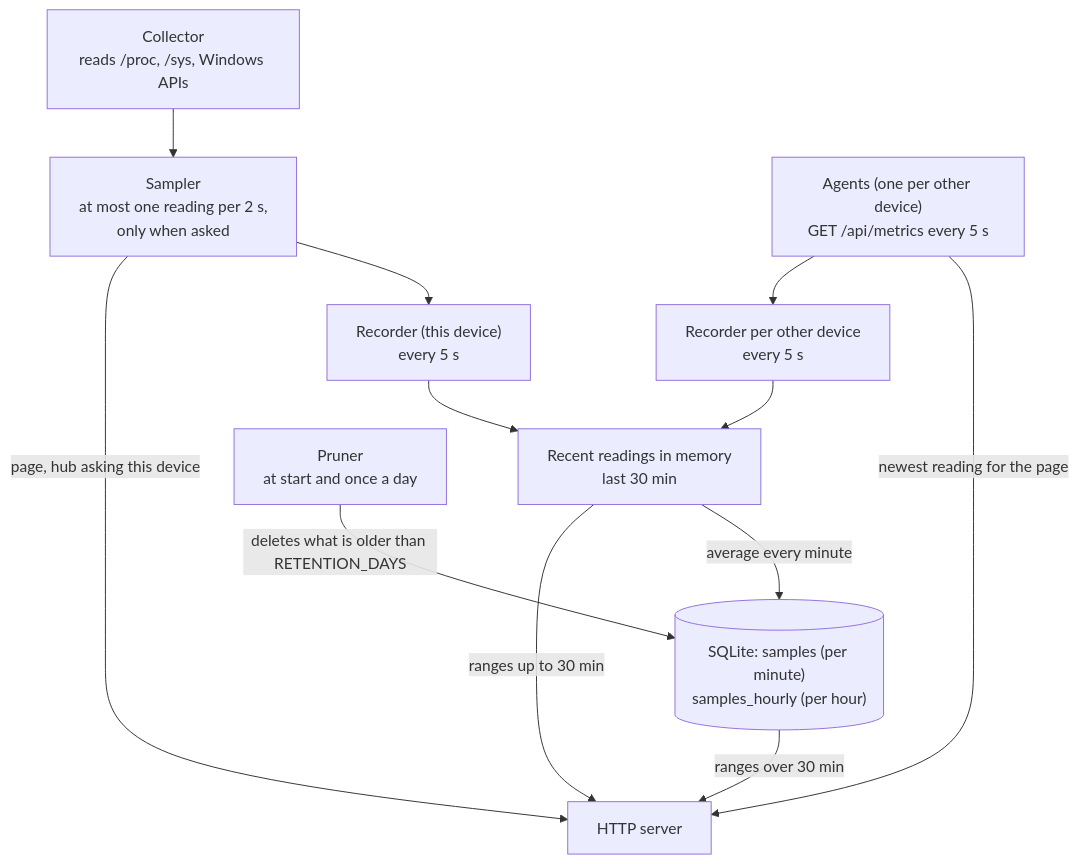
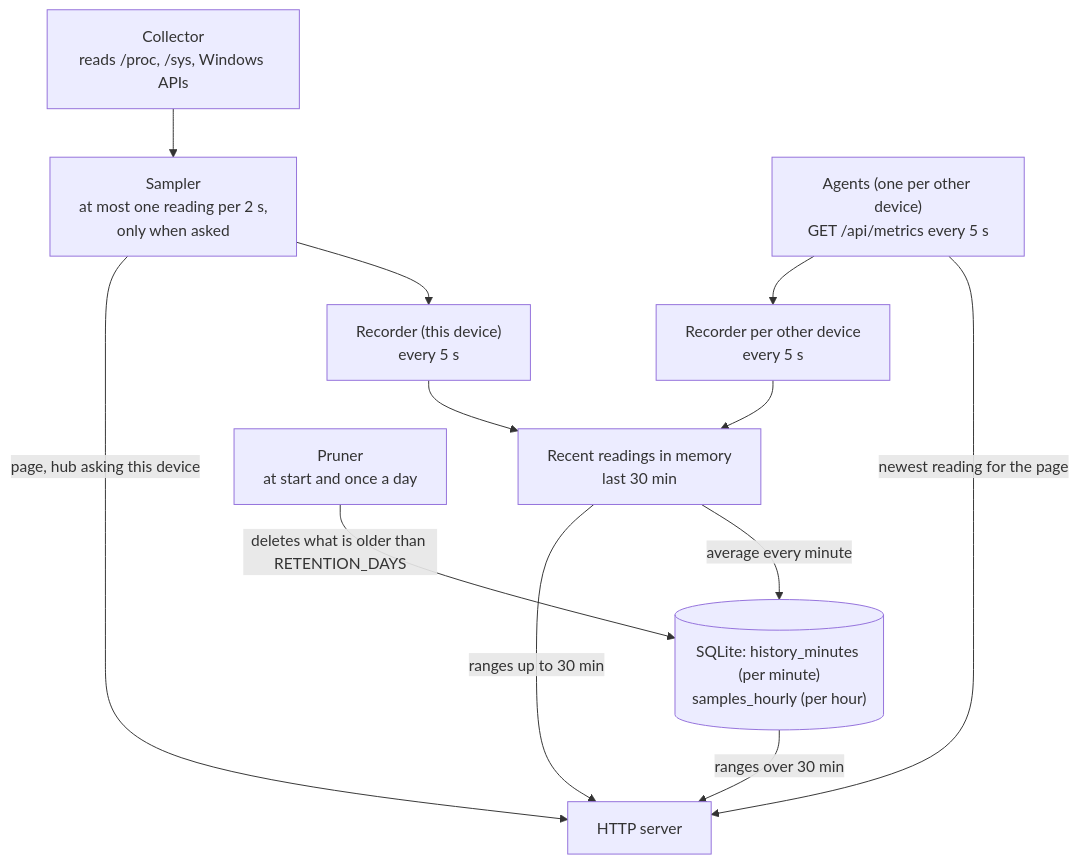
Before and after one commit to Chriszly/den-watcher: the second of 3 diagrams in docs/architecture.md, drawn with Mermaid. The commit also changed 8 other files, not shown here.

First line of the commit message:
Store the history as one row per minute

````diff
--- a/docs/architecture.md
+++ b/docs/architecture.md
@@ -86,23 +86,23 @@
 ```mermaid
 flowchart TB
     collector["Collector<br/>reads /proc, /sys, Windows APIs"]
     sampler["Sampler<br/>at most one reading per 2 s,<br/>only when asked"]
     recorder["Recorder (this device)<br/>every 5 s"]
     agents["Agents (one per other device)<br/>GET /api/metrics every 5 s"]
     recent["Recent readings in memory<br/>last 30 min"]
-    store[("SQLite: samples (per minute)<br/>samples_hourly (per hour)")]
+    store[("SQLite: history_minutes (per minute)<br/>samples_hourly (per hour)")]
     pruner["Pruner<br/>at start and once a day"]
     api["HTTP server"]
 
     collector --> sampler
     sampler --> recorder
     sampler -- "page, hub asking this device" --> api
     agents -- "newest reading for the page" --> api
     agents --> recorderR["Recorder per other device<br/>every 5 s"]
     recorder --> recent
     recorderR --> recent
     recent -- "average every minute" --> store
     pruner -- "deletes what is older than RETENTION_DAYS" --> store
     store -- "ranges over 30 min" --> api
     recent -- "ranges up to 30 min" --> api
 ```
````
